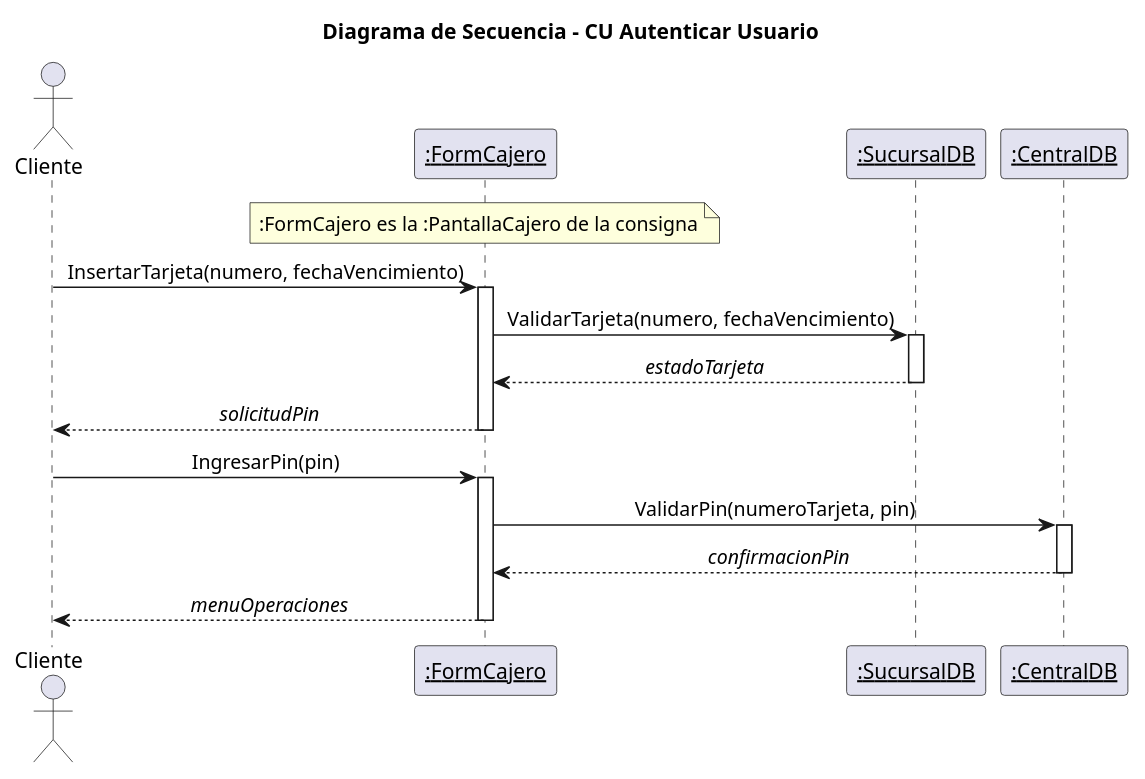
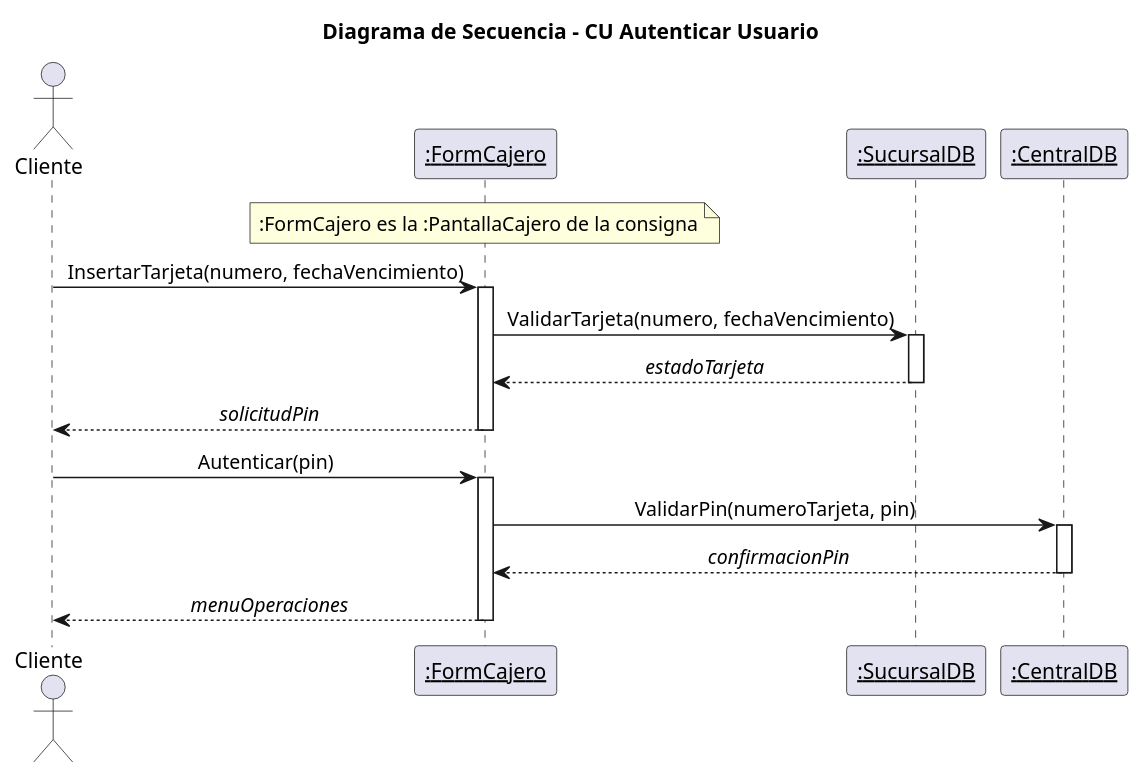
The diagram in diseno-e-implementacion-de-sistemas/trabajo-integrador/diagrams/05_secuencia_autenticar.puml (4l3j0Ok/institute-third-year), drawn with PlantUML before and after one commit. The commit also changed 7 other files, not shown here.

Commit message:
fix: update sequence diagrams and method names for consistency in FormCajero class

```diff
--- a/diseno-e-implementacion-de-sistemas/trabajo-integrador/diagrams/05_secuencia_autenticar.puml
+++ b/diseno-e-implementacion-de-sistemas/trabajo-integrador/diagrams/05_secuencia_autenticar.puml
@@ -1,30 +1,30 @@
 @startuml 05_secuencia_autenticar
 title Diagrama de Secuencia - CU Autenticar Usuario
 skinparam shadowing false
 skinparam sequenceMessageAlign center
 
 actor Cliente
 participant "<u>:FormCajero</u>" as PC
 participant "<u>:SucursalDB</u>" as SDB
 participant "<u>:CentralDB</u>" as CDB
 
 note over PC : :FormCajero es la :PantallaCajero de la consigna
 
 Cliente -> PC : InsertarTarjeta(numero, fechaVencimiento)
 activate PC
 PC -> SDB : ValidarTarjeta(numero, fechaVencimiento)
 activate SDB
 SDB --> PC : //estadoTarjeta//
 deactivate SDB
 PC --> Cliente : //solicitudPin//
 deactivate PC
 
-Cliente -> PC : IngresarPin(pin)
+Cliente -> PC : Autenticar(pin)
 activate PC
 PC -> CDB : ValidarPin(numeroTarjeta, pin)
 activate CDB
 CDB --> PC : //confirmacionPin//
 deactivate CDB
 PC --> Cliente : //menuOperaciones//
 deactivate PC
 @enduml
```
